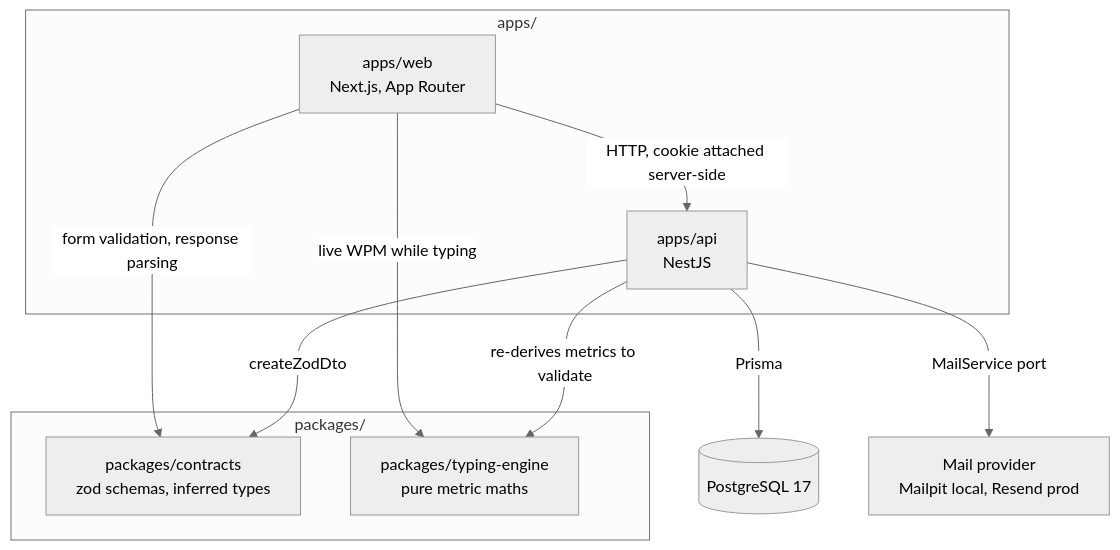
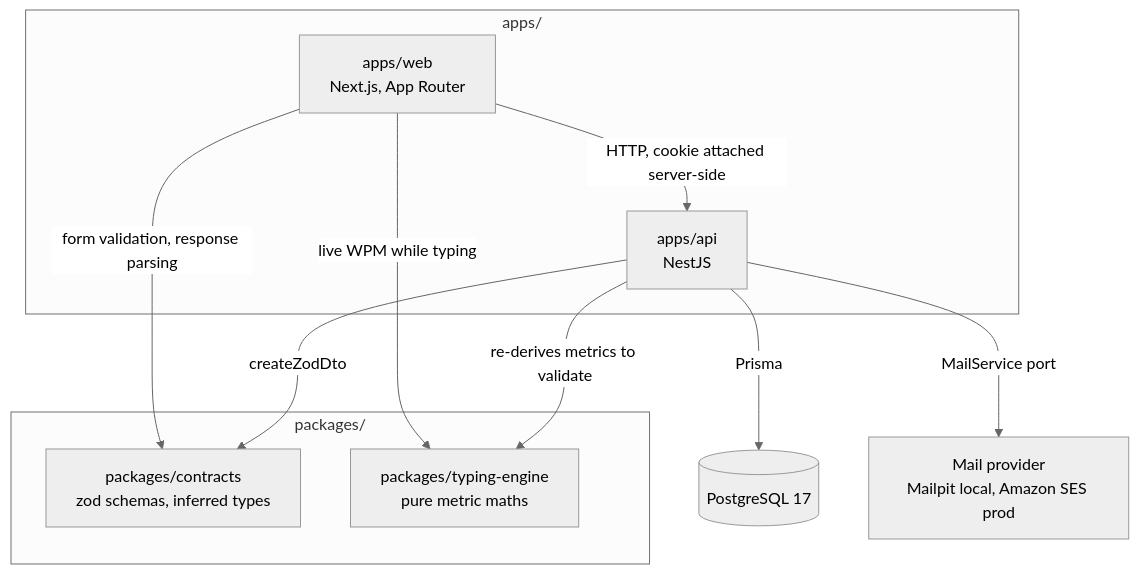
One commit to gBoole01/sdd-typing-game changed the first of 4 diagrams in ARCHITECTURE.md. Above: the diagram before and after it, drawn with Mermaid (neutral theme). The commit also changed other lines of this file and 5 other files, not shown here.

````diff
--- a/ARCHITECTURE.md
+++ b/ARCHITECTURE.md
@@ -84,21 +84,21 @@
 ```mermaid
 flowchart TD
     subgraph apps["apps/"]
         WEB["apps/web<br/>Next.js, App Router"]
         API["apps/api<br/>NestJS"]
     end
     subgraph pkgs["packages/"]
         CONTRACTS["packages/contracts<br/>zod schemas, inferred types"]
         ENGINE["packages/typing-engine<br/>pure metric maths"]
     end
     PG[("PostgreSQL 17")]
-    MAIL["Mail provider<br/>Mailpit local, Resend prod"]
+    MAIL["Mail provider<br/>Mailpit local, Amazon SES prod"]
 
     WEB -->|"HTTP, cookie attached server-side"| API
     WEB -->|"form validation, response parsing"| CONTRACTS
     API -->|"createZodDto"| CONTRACTS
     WEB -->|"live WPM while typing"| ENGINE
     API -->|"re-derives metrics to validate"| ENGINE
     API -->|"Prisma"| PG
     API -->|"MailService port"| MAIL
 ```
````
